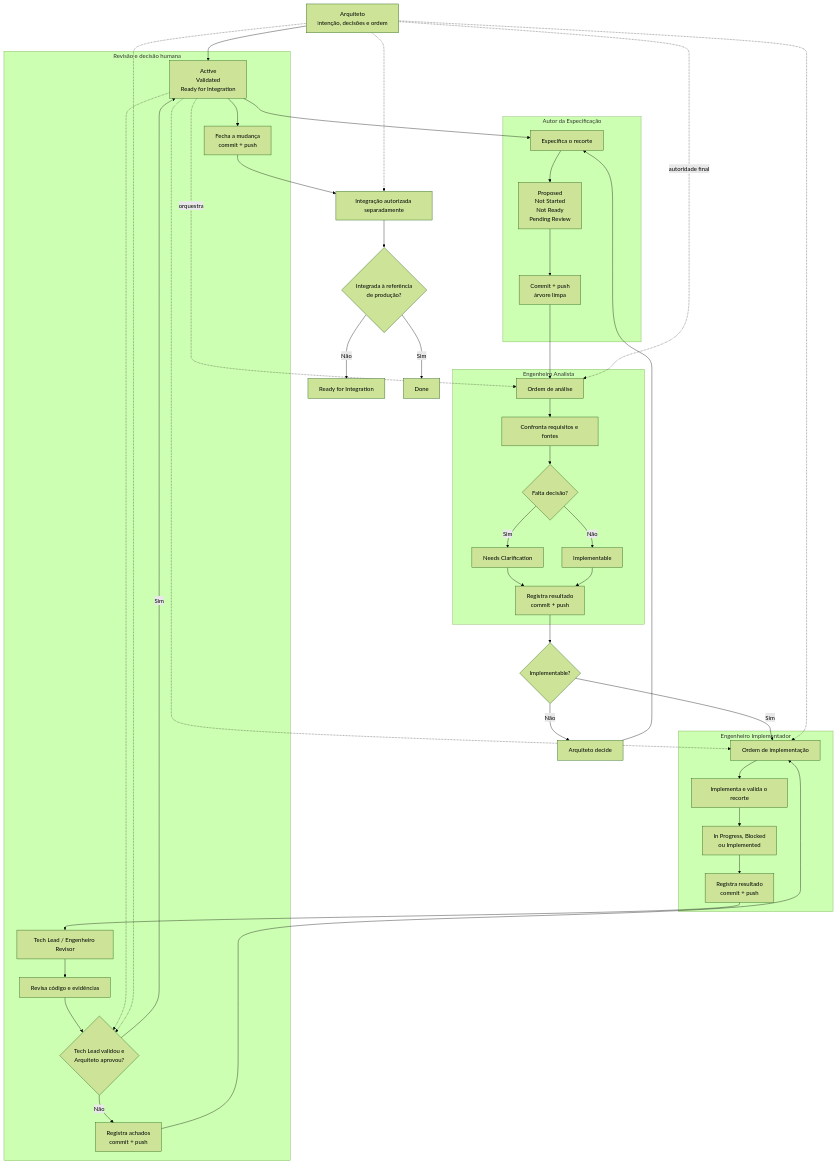
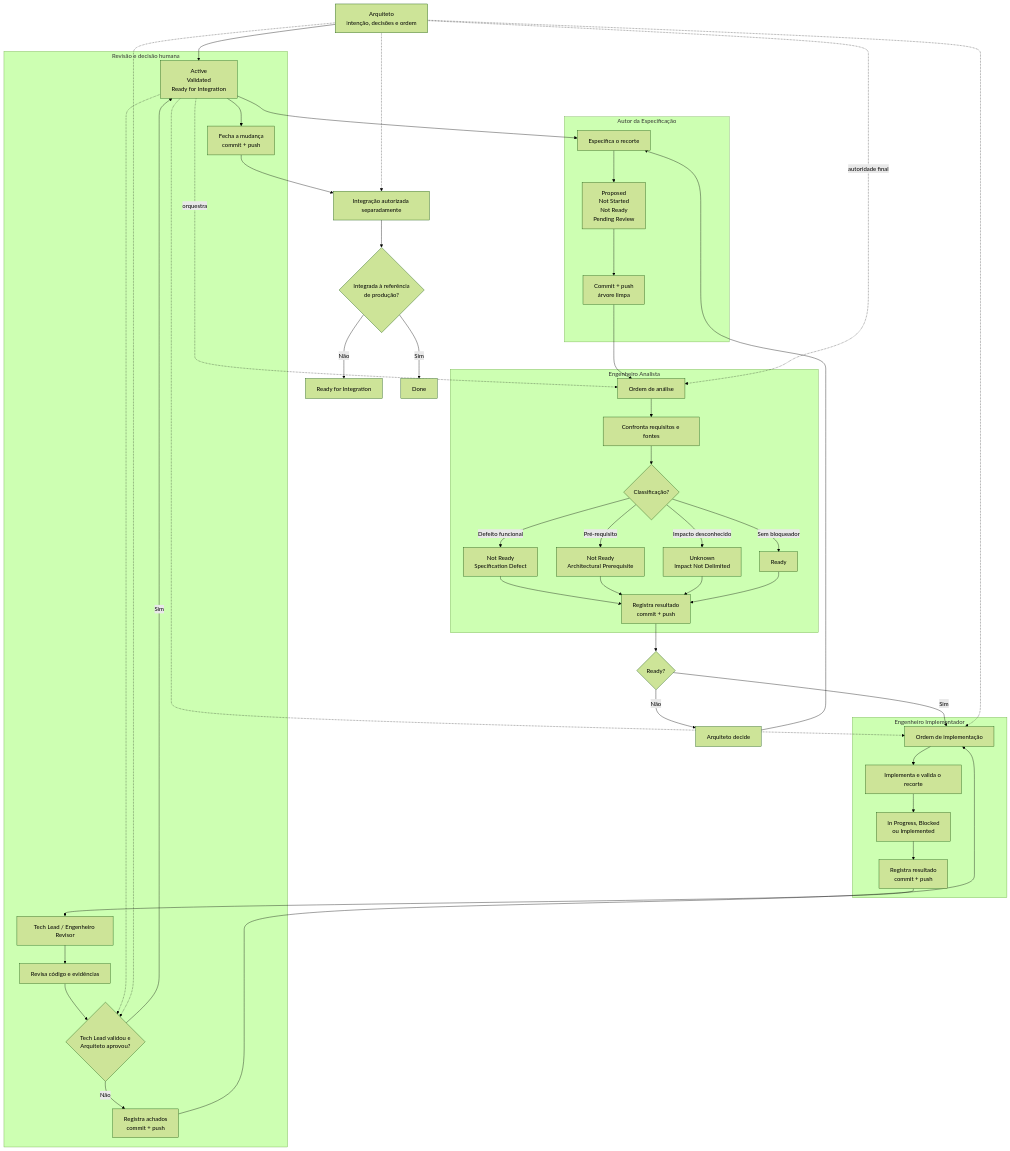
One commit to iotsmartsys/EKM-guidelines changed the diagram in diagrams/flow-actors-responsability.mmd. Above: the diagram before and after it, drawn with Mermaid (forest theme). The commit also changed 27 other files, not shown here.

```diff
--- a/diagrams/flow-actors-responsability.mmd
+++ b/diagrams/flow-actors-responsability.mmd
@@ -1,56 +1,60 @@
 flowchart TD
     S["Especificação EKOM<br/>fonte única da verdade"] --> B
     A["Arquiteto<br/>intenção, decisões e ordem"] --> S
 
     subgraph AUT["Autor da Especificação"]
         B["Especifica o recorte"]
         B --> B1["Proposed<br/>Not Started<br/>Not Ready<br/>Pending Review"]
         B1 --> B2["Commit + push<br/>árvore limpa"]
     end
 
     B2 --> C["Ordem de análise"]
 
     subgraph ANA["Engenheiro Analista"]
         C --> D["Confronta requisitos e fontes"]
-        D --> E{"Falta decisão?"}
-        E -- "Sim" --> F["Needs Clarification"]
-        E -- "Não" --> G["Implementable"]
+        D --> E{"Classificação?"}
+        E -- "Defeito funcional" --> F["Not Ready<br/>Specification Defect"]
+        E -- "Pré-requisito" --> PA["Not Ready<br/>Architectural Prerequisite"]
+        E -- "Impacto desconhecido" --> UN["Unknown<br/>Impact Not Delimited"]
+        E -- "Sem bloqueador" --> G["Ready"]
         F --> H["Registra resultado<br/>commit + push"]
+        PA --> H
+        UN --> H
         G --> H
     end
 
-    H --> I{"Implementable?"}
+    H --> I{"Ready?"}
     I -- "Não" --> J["Arquiteto decide"]
     J --> B
     I -- "Sim" --> K["Ordem de implementação"]
 
     subgraph IMP["Engenheiro Implementador"]
         K --> L["Implementa e valida o recorte"]
         L --> M["In Progress, Blocked<br/>ou Implemented"]
         M --> N["Registra resultado<br/>commit + push"]
     end
 
     N --> O["Tech Lead / Engenheiro Revisor"]
 
     subgraph REV["Revisão e decisão humana"]
         O --> P["Revisa código e evidências"]
         P --> Q{"Tech Lead validou e<br/>Arquiteto aprovou?"}
         Q -- "Não" --> R["Registra achados<br/>commit + push"]
         Q -- "Sim" --> S["Active<br/>Validated<br/>Ready for Integration"]
         S --> T["Fecha a mudança<br/>commit + push"]
     end
 
     R --> K
     T --> U["Integração autorizada separadamente"]
 
     U --> V{"Integrada à referência<br/>de produção?"}
     V -- "Não" --> W["Ready for Integration"]
     V -- "Sim" --> X["Done"]
 
     S -. "orquestra" .-> C
     S -.-> K
     S -.-> Q
     A -. "autoridade final" .-> C
     A -.-> K
     A -.-> Q
     A -.-> U
```
